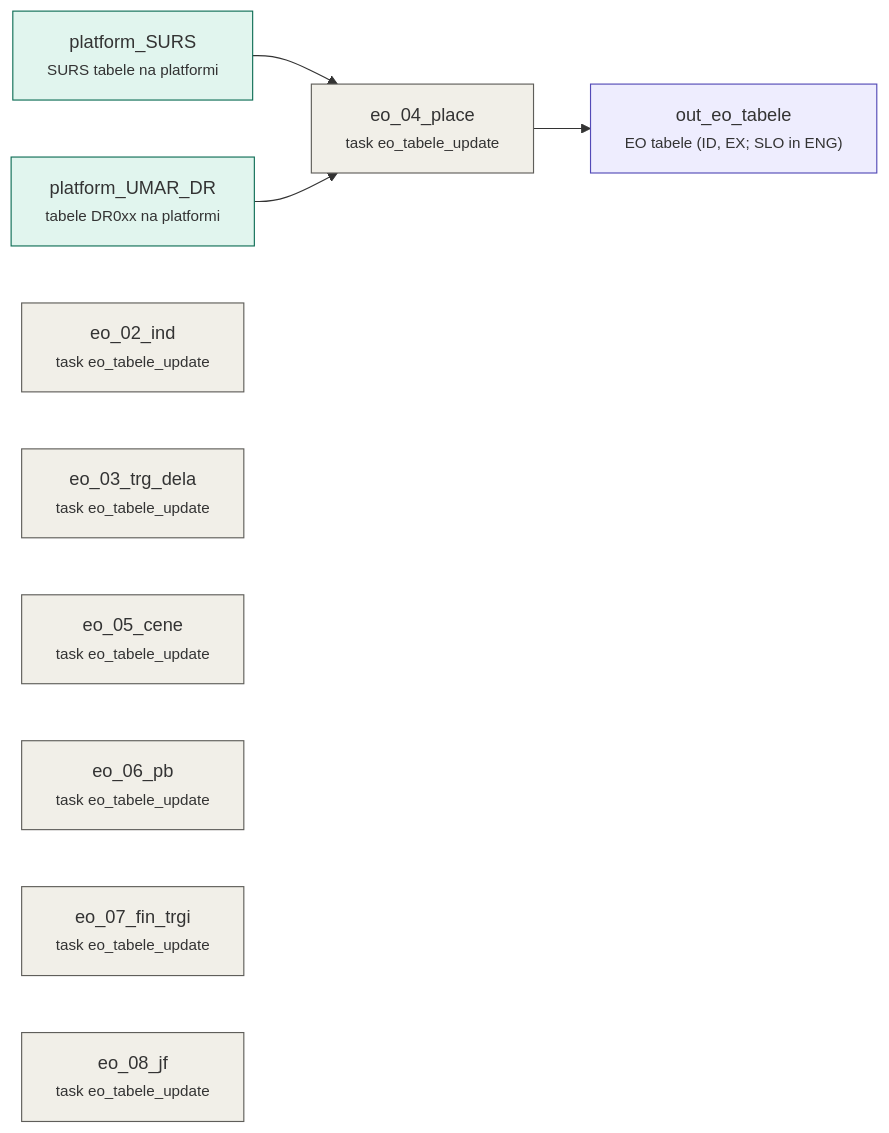
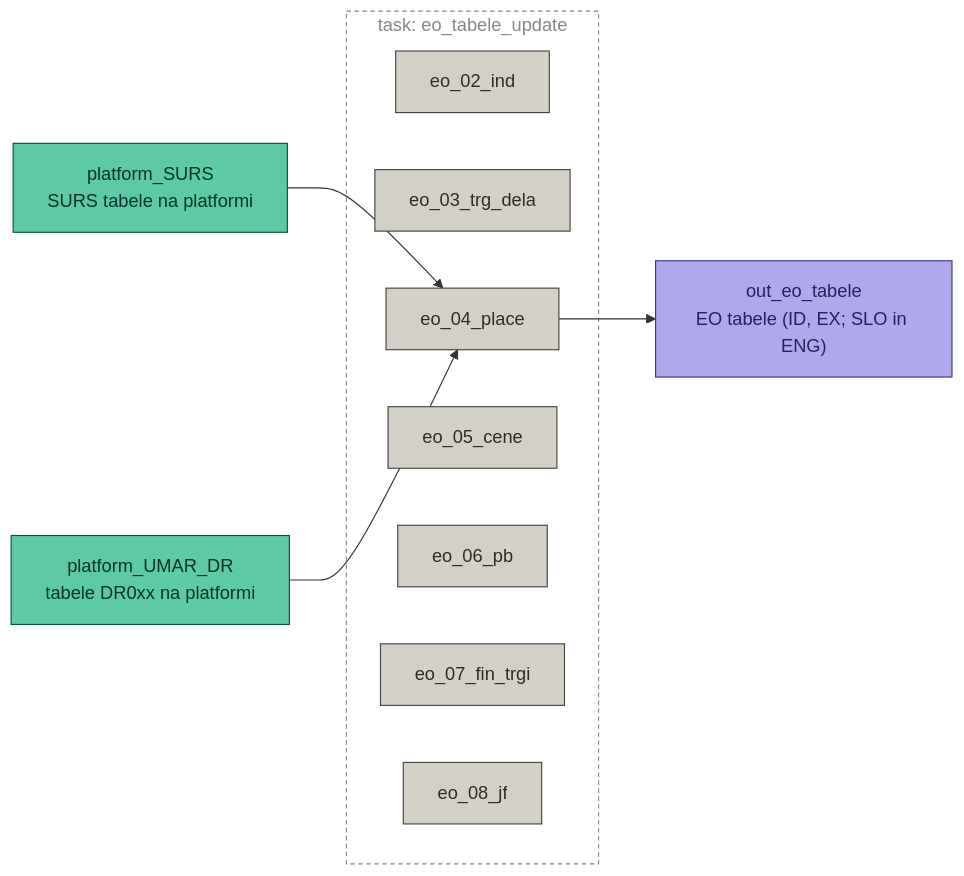
The diagram in docs/pipelines/task-eo_tabele_update.md (majazaloznik/umar-automation-scripts), drawn with Mermaid before and after one commit. The commit also changed 31 other files, not shown here.

Commit message:
Update mermaid plots in pipelines

````diff
--- a/docs/pipelines/task-eo_tabele_update.md
+++ b/docs/pipelines/task-eo_tabele_update.md
@@ -23,20 +23,23 @@
 ```mermaid
 flowchart LR
-  platform_SURS["platform_SURS<br/><small>SURS tabele na platformi</small>"]:::store
-  platform_UMAR_DR["platform_UMAR_DR<br/><small>tabele DR0xx na platformi</small>"]:::store
-  out_eo_tabele["out_eo_tabele<br/><small>EO tabele (ID, EX; SLO in ENG)</small>"]:::output
-  eo_02_ind["eo_02_ind<br/><small>task eo_tabele_update</small>"]:::step
-  eo_03_trg_dela["eo_03_trg_dela<br/><small>task eo_tabele_update</small>"]:::step
-  eo_04_place["eo_04_place<br/><small>task eo_tabele_update</small>"]:::step
-  eo_05_cene["eo_05_cene<br/><small>task eo_tabele_update</small>"]:::step
-  eo_06_pb["eo_06_pb<br/><small>task eo_tabele_update</small>"]:::step
-  eo_07_fin_trgi["eo_07_fin_trgi<br/><small>task eo_tabele_update</small>"]:::step
-  eo_08_jf["eo_08_jf<br/><small>task eo_tabele_update</small>"]:::step
+  platform_SURS["platform_SURS<br/>SURS tabele na platformi"]:::store
+  platform_UMAR_DR["platform_UMAR_DR<br/>tabele DR0xx na platformi"]:::store
+  out_eo_tabele["out_eo_tabele<br/>EO tabele (ID, EX; SLO in ENG)"]:::output
+  subgraph task_eo_tabele_update["task: eo_tabele_update"]
+    eo_02_ind["eo_02_ind"]:::step
+    eo_03_trg_dela["eo_03_trg_dela"]:::step
+    eo_04_place["eo_04_place"]:::step
+    eo_05_cene["eo_05_cene"]:::step
+    eo_06_pb["eo_06_pb"]:::step
+    eo_07_fin_trgi["eo_07_fin_trgi"]:::step
+    eo_08_jf["eo_08_jf"]:::step
+  end
+  style task_eo_tabele_update fill:none,stroke:#888780,stroke-dasharray:4 3,color:#888780
   platform_SURS --> eo_04_place
   platform_UMAR_DR --> eo_04_place
   eo_04_place --> out_eo_tabele
-  classDef source fill:#FAECE7,stroke:#993C1D
-  classDef step fill:#F1EFE8,stroke:#5F5E5A
-  classDef store fill:#E1F5EE,stroke:#0F6E56
-  classDef output fill:#EEEDFE,stroke:#534AB7
+  classDef source fill:#F0997B,stroke:#712B13,color:#4A1B0C,stroke-width:1px
+  classDef step fill:#D3D1C7,stroke:#444441,color:#2C2C2A,stroke-width:1px
+  classDef store fill:#5DCAA5,stroke:#085041,color:#04342C,stroke-width:1px
+  classDef output fill:#AFA9EC,stroke:#3C3489,color:#26215C,stroke-width:1px
 ```
````
